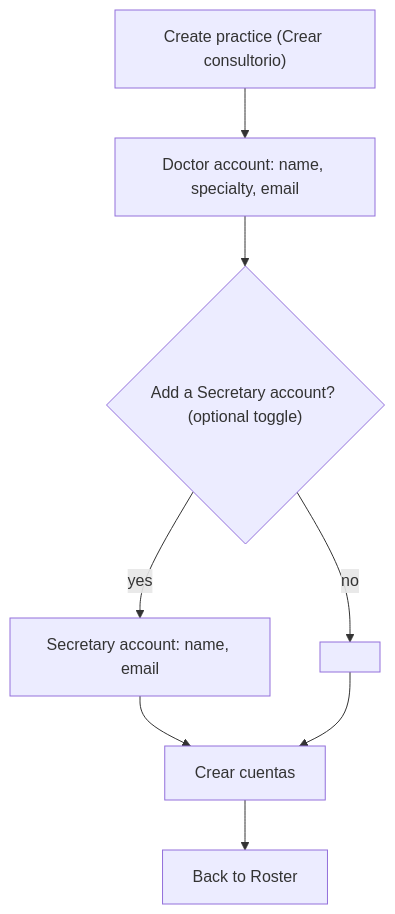
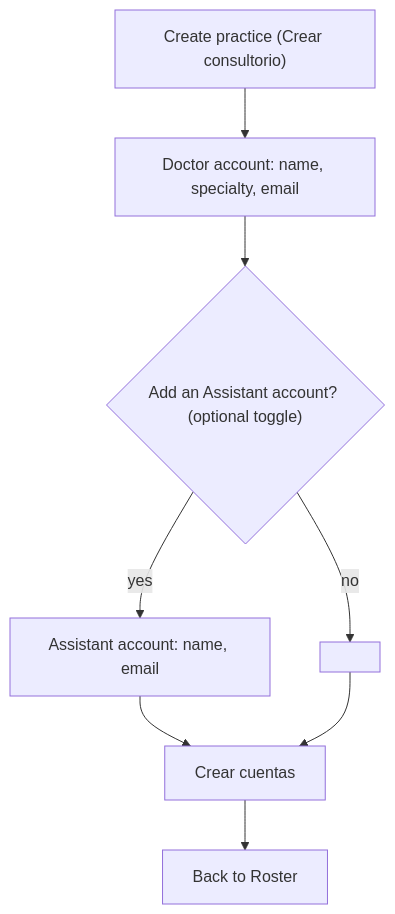
The second of 5 diagrams in docs/flows/admin.md (DaleneyRuben/alivia), drawn with Mermaid before and after one commit. The commit also changed other lines of this file and 10 other files, not shown here.

Commit message:
rename secretary role to assistant across docs

````diff
--- a/docs/flows/admin.md
+++ b/docs/flows/admin.md
@@ -27,10 +27,10 @@
 ```mermaid
 flowchart TD
     C["Create practice (Crear consultorio)"] --> Doc["Doctor account: name, specialty, email"]
-    Doc --> SecQ{"Add a Secretary account? (optional toggle)"}
-    SecQ -->|"yes"| SF["Secretary account: name, email"]
+    Doc --> SecQ{"Add an Assistant account? (optional toggle)"}
+    SecQ -->|"yes"| SF["Assistant account: name, email"]
     SecQ -->|"no"| Skip[" "]
     SF --> Save["Crear cuentas"]
     Skip --> Save
     Save --> R["Back to Roster"]
 ```
````
